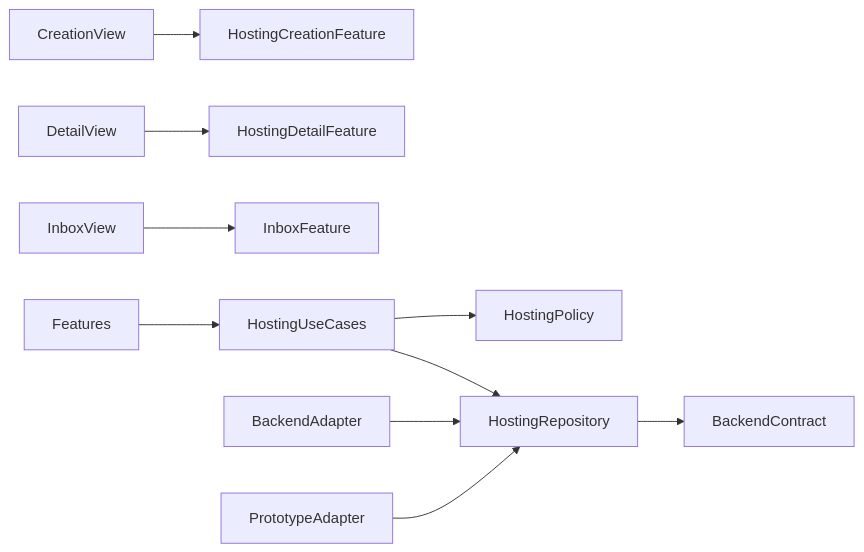
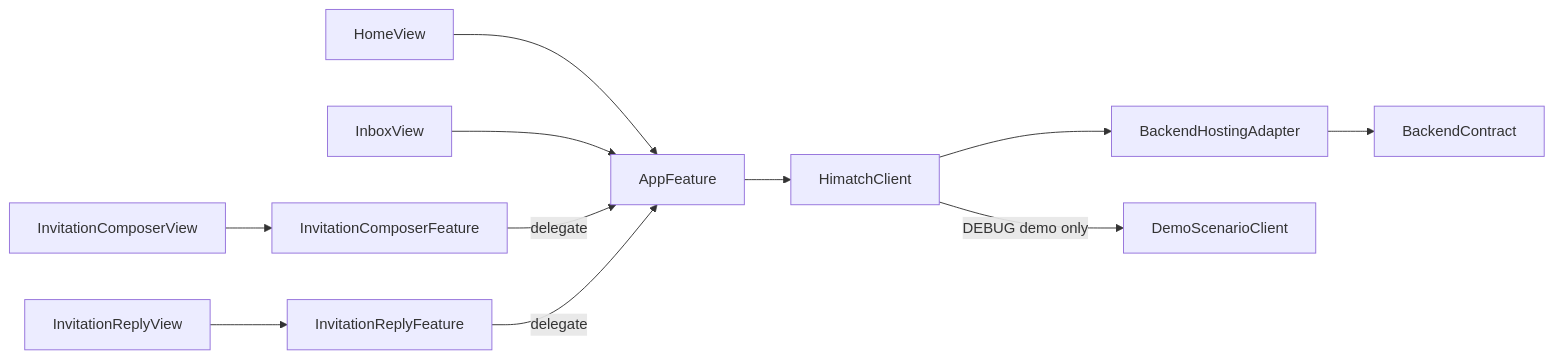
One commit to beyond-labo/free-time-matching changed the first of 2 diagrams in .kiro/specs/ios-hosting/design.md. Above: the diagram before and after it, drawn with Mermaid. The commit also changed other lines of this file and 49 other files, not shown here.

````diff
--- a/.kiro/specs/ios-hosting/design.md
+++ b/.kiro/specs/ios-hosting/design.md
@@ -46,12 +46,13 @@
 ```mermaid
 graph LR
-    CreationView --> HostingCreationFeature
-    DetailView --> HostingDetailFeature
-    InboxView --> InboxFeature
-    Features --> HostingUseCases
-    HostingUseCases --> HostingPolicy
-    HostingUseCases --> HostingRepository
-    BackendAdapter --> HostingRepository
-    PrototypeAdapter --> HostingRepository
-    HostingRepository --> BackendContract
+    InvitationComposerView --> InvitationComposerFeature
+    InvitationReplyView --> InvitationReplyFeature
+    HomeView --> AppFeature
+    InboxView --> AppFeature
+    InvitationComposerFeature -->|delegate| AppFeature
+    InvitationReplyFeature -->|delegate| AppFeature
+    AppFeature --> HimatchClient
+    HimatchClient --> BackendHostingAdapter
+    HimatchClient -->|DEBUG demo only| DemoScenarioClient
+    BackendHostingAdapter --> BackendContract
 ```
````
